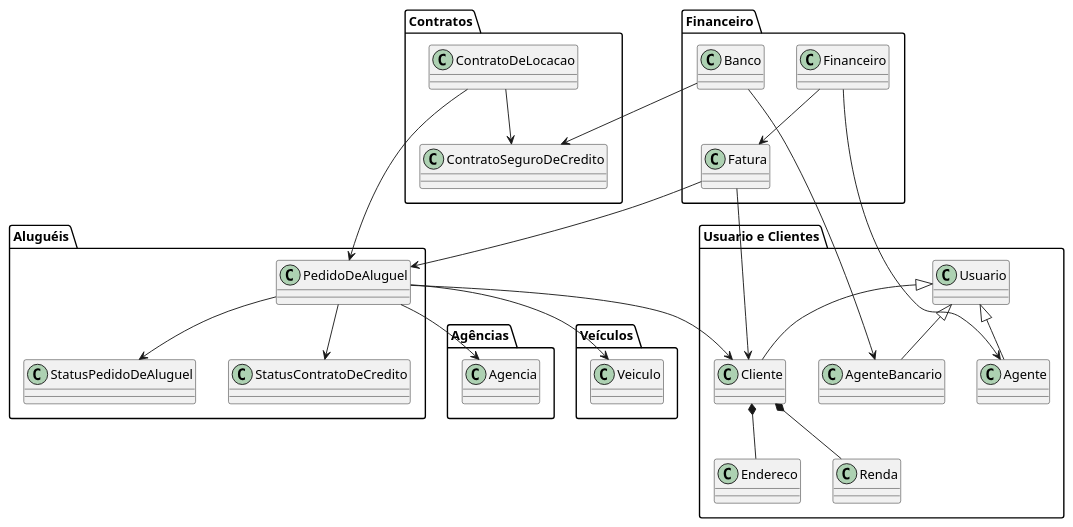
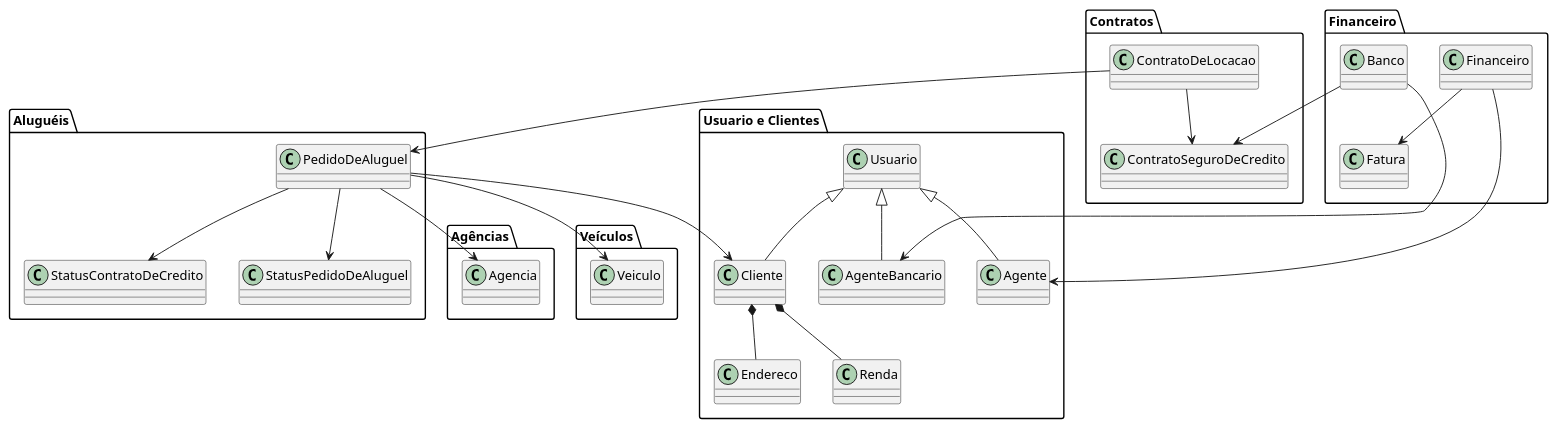
One commit to software-engineering-graduation/sistema_aluguel_carros-lds2024 changed the diagram in projeto/diagrama_de_pacotes.puml. Above: the diagram before and after it, drawn with PlantUML.

```diff
--- a/projeto/diagrama_de_pacotes.puml
+++ b/projeto/diagrama_de_pacotes.puml
@@ -1,59 +1,56 @@
 @startuml
 
 package "Usuario e Clientes" {
     class Usuario
     class Cliente
     class Endereco
     class Renda
     class Agente
     class AgenteBancario
 
     Cliente *-- Endereco
     Cliente *-- Renda
 }
 
 package "Agências" {
     class Agencia
 
 }
 
 package "Veículos" {
     class Veiculo
 }
 
 package "Aluguéis" {
     class PedidoDeAluguel
 
     PedidoDeAluguel --> Cliente
     PedidoDeAluguel --> Agencia
     PedidoDeAluguel --> Veiculo
     PedidoDeAluguel --> StatusPedidoDeAluguel
     PedidoDeAluguel --> StatusContratoDeCredito
 }
 
 package "Contratos" {
     class ContratoDeLocacao
     class ContratoSeguroDeCredito
 
     ContratoDeLocacao --> PedidoDeAluguel
     ContratoDeLocacao --> ContratoSeguroDeCredito
 }
 
 package "Financeiro" {
     class Financeiro
-    class Fatura
     class Banco
 
     Financeiro --> Fatura
-    Fatura --> Cliente
-    Fatura --> PedidoDeAluguel
     Financeiro --> Agente
     Banco --> ContratoSeguroDeCredito
     Banco --> AgenteBancario
 }
 
 Usuario <|-- Agente
 Usuario <|-- Cliente
 Usuario <|-- AgenteBancario
 
 @enduml
```
